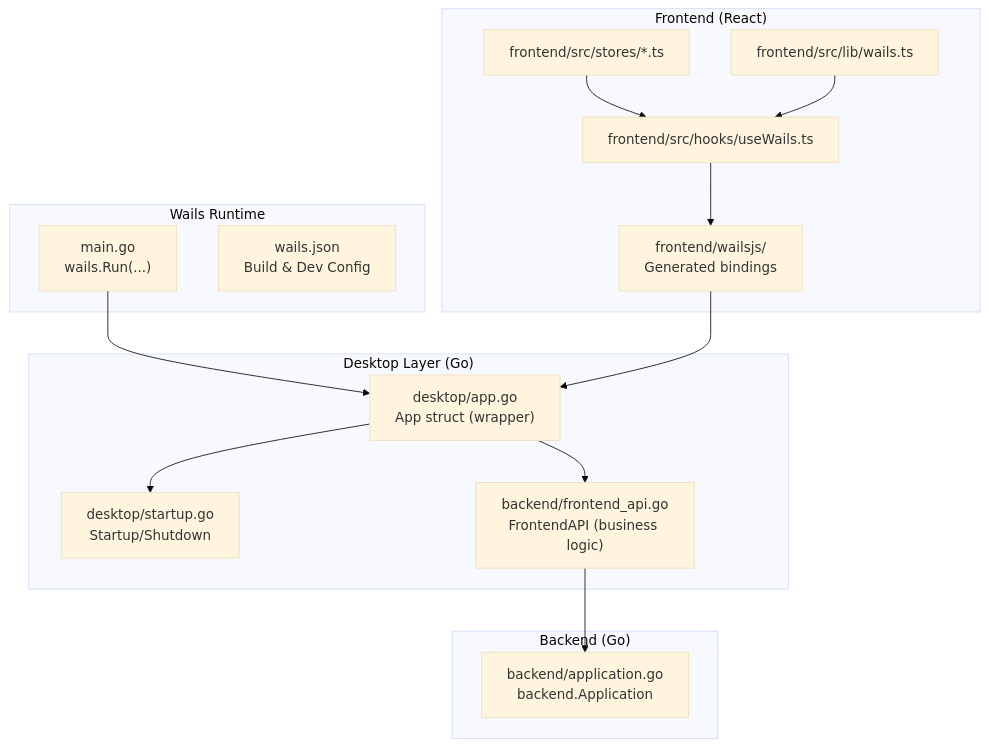
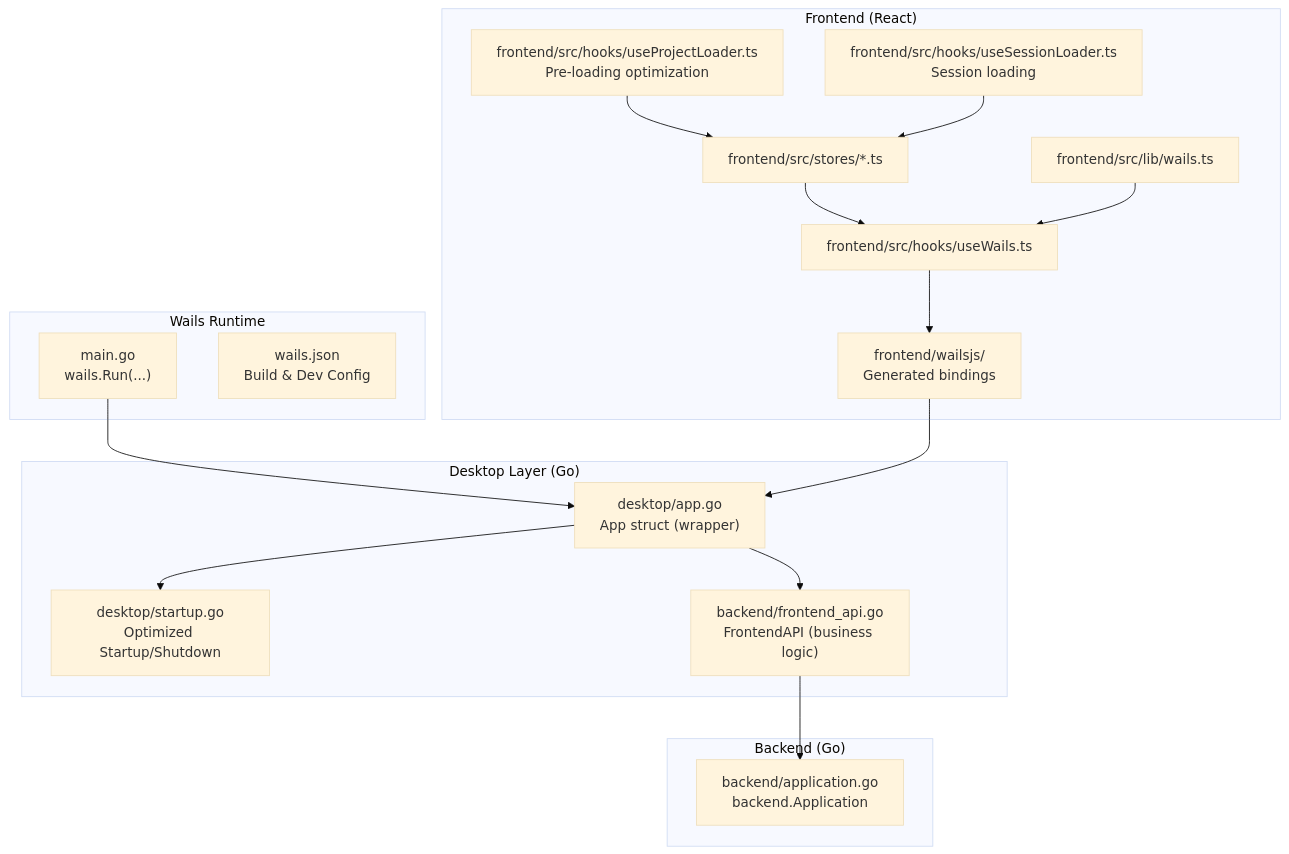
One commit to v0lka/c0wrk changed the first of 10 diagrams in .qoder/repowiki/en/content/Architecture/Desktop Layer Architecture.md. Above: the diagram before and after it, drawn with Mermaid (base theme). The commit also changed other lines of this file and 8 other files, not shown here.

````diff
--- a/.qoder/repowiki/en/content/Architecture/Desktop Layer Architecture.md
+++ b/.qoder/repowiki/en/content/Architecture/Desktop Layer Architecture.md
@@ -50,29 +52,33 @@
 ```mermaid
 graph TB
 subgraph "Wails Runtime"
 WailsMain["main.go<br/>wails.Run(...)"]
 WailsCfg["wails.json<br/>Build & Dev Config"]
 end
 subgraph "Desktop Layer (Go)"
 App["desktop/app.go<br/>App struct (wrapper)"]
-Startup["desktop/startup.go<br/>Startup/Shutdown"]
+Startup["desktop/startup.go<br/>Optimized Startup/Shutdown"]
 FrontendAPI["backend/frontend_api.go<br/>FrontendAPI (business logic)"]
 end
 subgraph "Backend (Go)"
 BackendApp["backend/application.go<br/>backend.Application"]
 end
 subgraph "Frontend (React)"
 WailsJS["frontend/wailsjs/<br/>Generated bindings"]
 Hooks["frontend/src/hooks/useWails.ts"]
 Stores["frontend/src/stores/*.ts"]
 Types["frontend/src/lib/wails.ts"]
+ProjectLoader["frontend/src/hooks/useProjectLoader.ts<br/>Pre-loading optimization"]
+SessionLoader["frontend/src/hooks/useSessionLoader.ts<br/>Session loading"]
 end
 WailsMain --> App
 App --> Startup
 App --> FrontendAPI
 FrontendAPI --> BackendApp
 Hooks --> WailsJS
 WailsJS --> App
 Stores --> Hooks
 Types --> Hooks
+ProjectLoader --> Stores
+SessionLoader --> Stores
 ```
````
